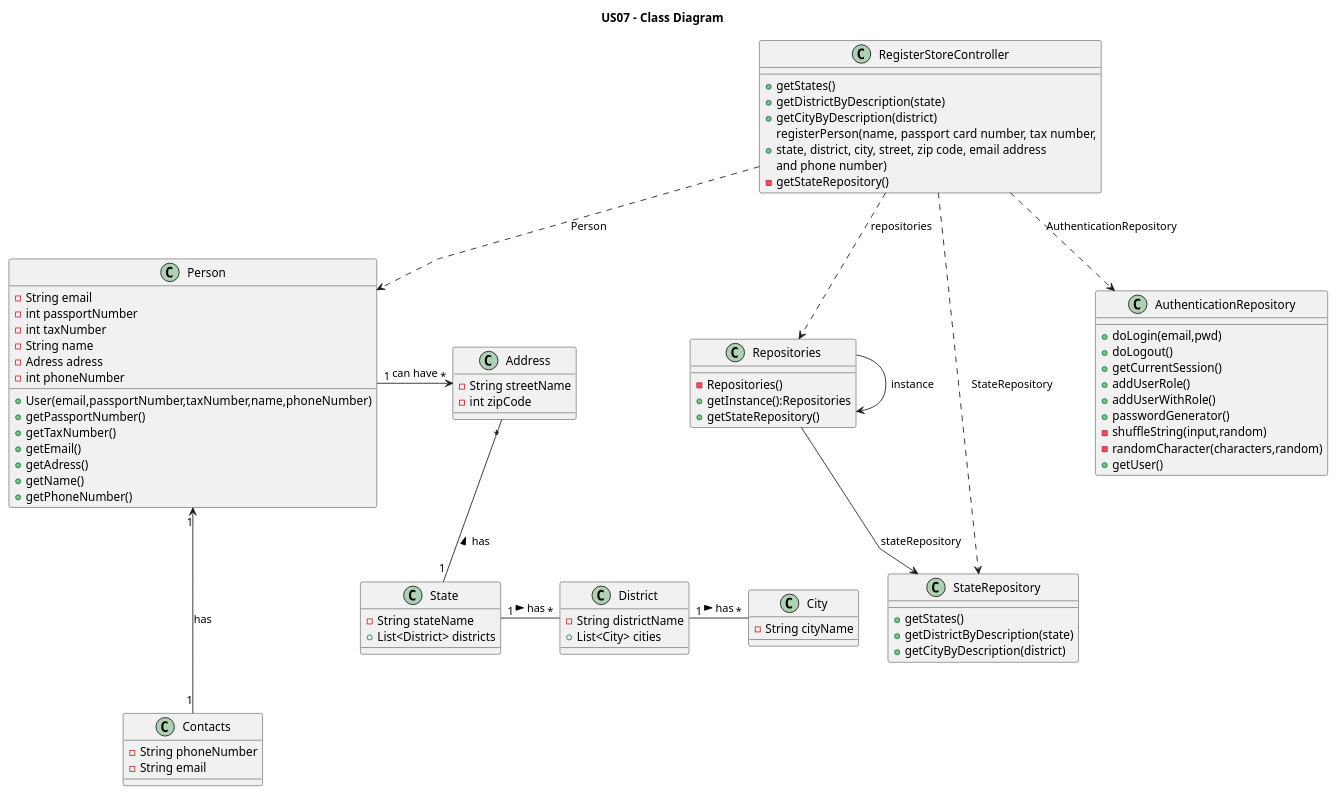
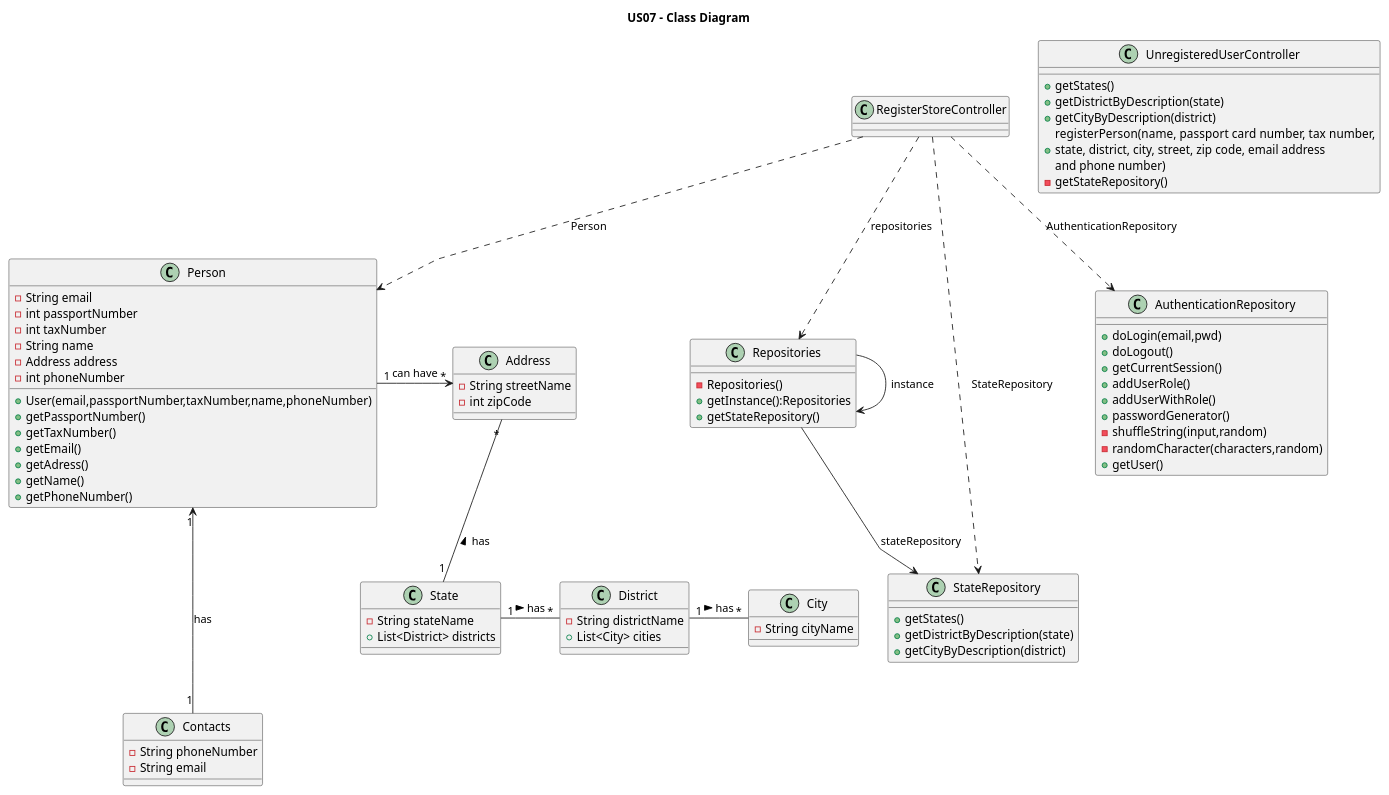
Before and after one commit to PureNimble/ISEP-LAPR2: the diagram in docs/sprintB/US07/03.design/puml/us07-class-diagram.puml, drawn with PlantUML. The commit also changed 3 other files, not shown here.

Commit message:
Added RegisterRepository, UnregisteredUser and UnregisteredUserController.

```diff
--- a/docs/sprintB/US07/03.design/puml/us07-class-diagram.puml
+++ b/docs/sprintB/US07/03.design/puml/us07-class-diagram.puml
@@ -1,99 +1,99 @@
 @startuml
 
 'skinparam monochrome true
 skinparam packageStyle rectangle
 skinparam shadowing false
 skinparam linetype polyline
 'skinparam linetype orto
 'skinparam classAttributeIconSize 0
 'left to right direction
 
 title US07 - Class Diagram
 
 class State {
     - String stateName
     + List<District> districts
 }
 
 class District {
     - String districtName
     + List<City> cities
 }
 
 class City {
     - String cityName
 
 }
 
 class Contacts {
     -String phoneNumber
     -String email
 }
 
 class Address {
     - String streetName
     - int zipCode
 }
 
 class Repositories {
     -Repositories()
     +getInstance():Repositories
     +getStateRepository()
 }
 
 class StateRepository {
     +getStates()
     +getDistrictByDescription(state)
     +getCityByDescription(district)
 }
 
 class AuthenticationRepository{
     +doLogin(email,pwd)
     +doLogout()
     +getCurrentSession()
     +addUserRole()
     +addUserWithRole()
     +passwordGenerator()
     -shuffleString(input,random)
     -randomCharacter(characters,random)
 +getUser()
 }
 
-class RegisterStoreController {
+class UnregisteredUserController {
     + getStates()
     + getDistrictByDescription(state)
     + getCityByDescription(district)
     + registerPerson(name, passport card number, tax number,\nstate, district, city, street, zip code, email address\nand phone number)
     - getStateRepository()
 }
 
 class Person {
     - String email
     - int passportNumber
     - int taxNumber
     - String name
-    - Adress adress
+    - Address address
     - int phoneNumber
 
     +User(email,passportNumber,taxNumber,name,phoneNumber)
     +getPassportNumber()
     +getTaxNumber()
     +getEmail()
     +getAdress()
     +getName()
     +getPhoneNumber()
 }
 
 Repositories -> Repositories:instance
 Repositories --> StateRepository: stateRepository
 RegisterStoreController ..> Repositories : repositories
 RegisterStoreController ..> StateRepository : StateRepository
 RegisterStoreController ..> AuthenticationRepository : AuthenticationRepository
 RegisterStoreController ..> Person : Person
 Person "1" -right-> "*"  Address : can have
 State "1" -up- "*" Address: has >
 District "1" -right- "*" City : has >
 State "1" -right- "*" District : has >
 Contacts "1" -up--> "1" Person: has
 
 @enduml
```
